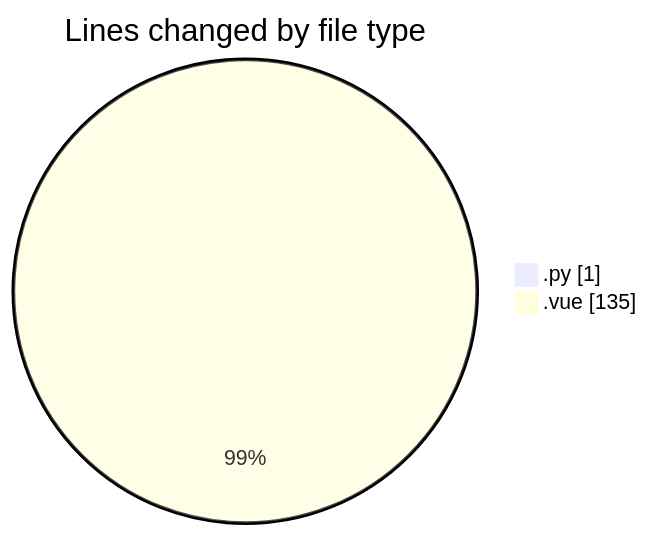
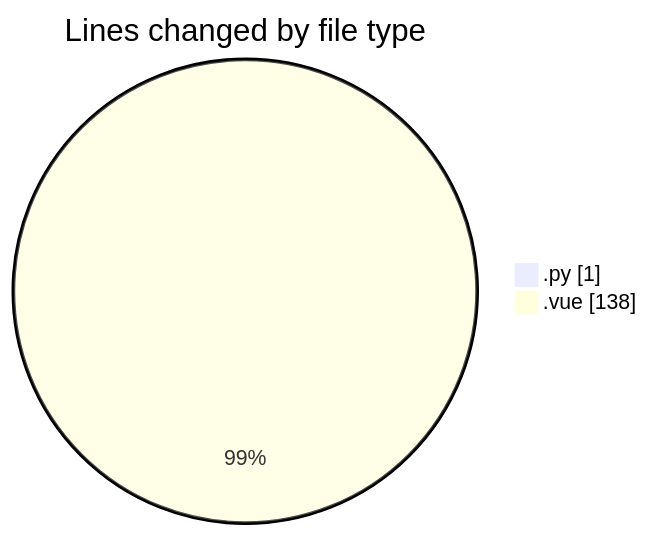
Before and after one commit to jcpc91/code-tracking: the first of 2 diagrams in 2025-05-12/cancelacionsegurosvida/README.md, drawn with Mermaid. The commit also changed other lines of this file and 1 other file, not shown here.

````diff
--- a/2025-05-12/cancelacionsegurosvida/README.md
+++ b/2025-05-12/cancelacionsegurosvida/README.md
@@ -22,6 +22,6 @@
 ```mermaid
 pie showData
 title Lines changed by file type
 ".py" : 1
-".vue" : 135
+".vue" : 138
 ```
````
